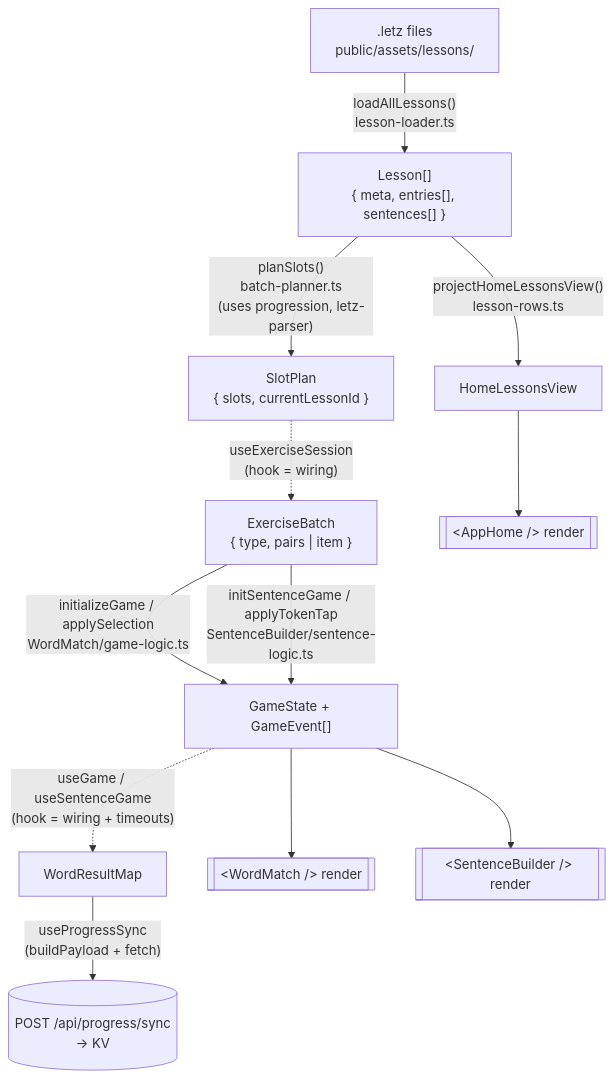
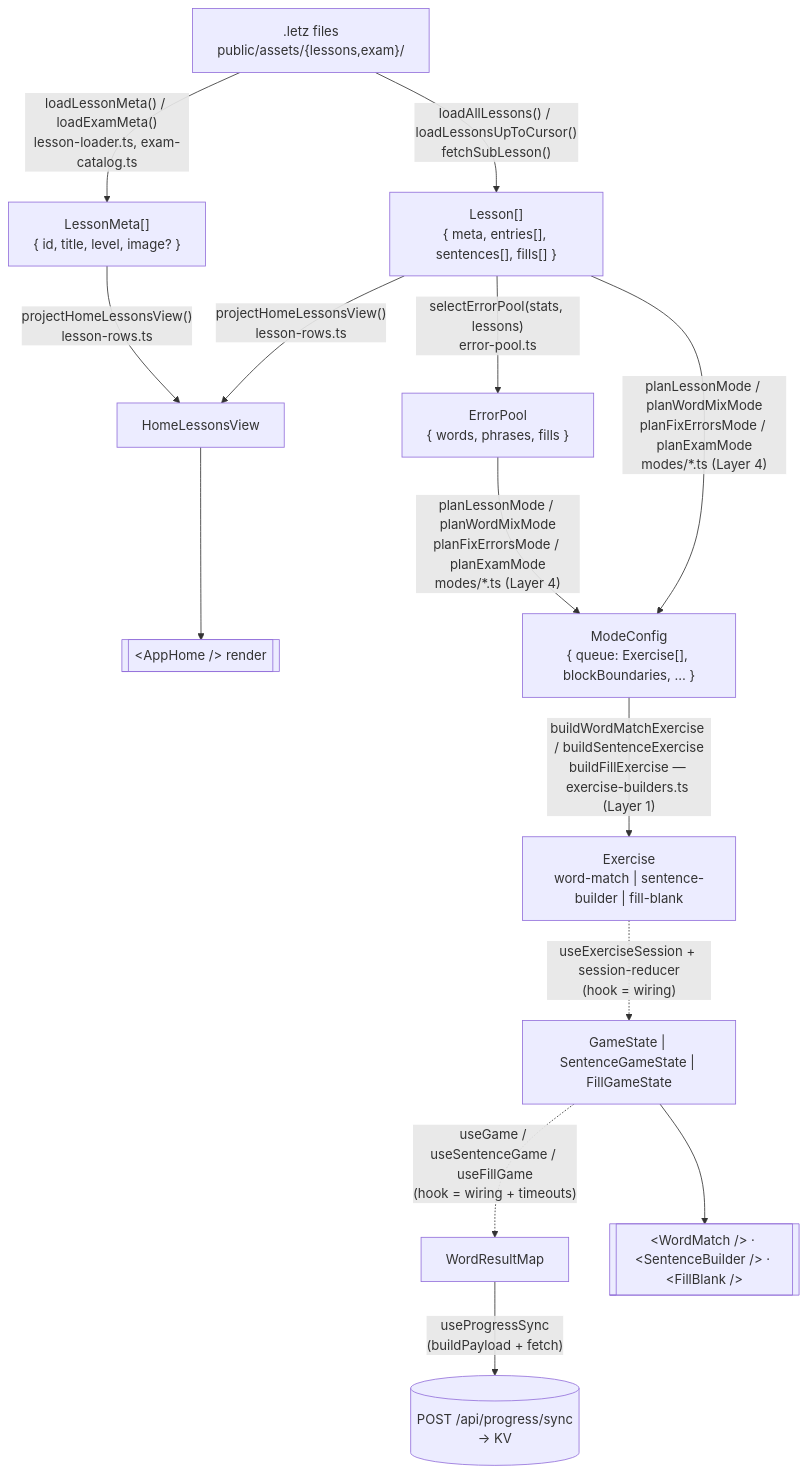
The first of 3 diagrams in CLAUDE.md (ashenwolf/roude-leiw-web), drawn with Mermaid before and after one commit. The commit also changed other lines of this file and 51 other files, not shown here.

````diff
--- a/CLAUDE.md
+++ b/CLAUDE.md
@@ -329,27 +356,28 @@
 ```mermaid
 flowchart TD
-  files[".letz files<br/>public/assets/lessons/"]
-  lessons["Lesson[]<br/>{ meta, entries[], sentences[] }"]
+  files[".letz files<br/>public/assets/{lessons,exam}/"]
+  metas["LessonMeta[]<br/>{ id, title, level, image? }"]
+  lessons["Lesson[]<br/>{ meta, entries[], sentences[], fills[] }"]
   homeView["HomeLessonsView"]
-  slotPlan["SlotPlan<br/>{ slots, currentLessonId }"]
-  batch["ExerciseBatch<br/>{ type, pairs | item }"]
-  gameState["GameState + GameEvent[]"]
+  errorPool["ErrorPool<br/>{ words, phrases, fills }"]
+  config["ModeConfig<br/>{ queue: Exercise[], blockBoundaries, … }"]
+  exercise["Exercise<br/>word-match | sentence-builder | fill-blank"]
+  gameState["GameState | SentenceGameState | FillGameState"]
   results["WordResultMap"]
 
   appHome[["&lt;AppHome /&gt; render"]]
-  wordMatch[["&lt;WordMatch /&gt; render"]]
-  sentenceBuilder[["&lt;SentenceBuilder /&gt; render"]]
+  games[["&lt;WordMatch /&gt; · &lt;SentenceBuilder /&gt; · &lt;FillBlank /&gt;"]]
   api[(POST /api/progress/sync<br/>→ KV)]
 
-  files -->|"loadAllLessons()<br/>lesson-loader.ts"| lessons
-  lessons -->|"projectHomeLessonsView()<br/>lesson-rows.ts"| homeView
+  files -->|"loadLessonMeta() / loadExamMeta()<br/>lesson-loader.ts, exam-catalog.ts"| metas
+  files -->|"loadAllLessons() / loadLessonsUpToCursor()<br/>fetchSubLesson()"| lessons
+  metas & lessons -->|"projectHomeLessonsView()<br/>lesson-rows.ts"| homeView
   homeView --> appHome
-  lessons -->|"planSlots()<br/>batch-planner.ts<br/>(uses progression, letz-parser)"| slotPlan
-  slotPlan -.->|"useExerciseSession<br/>(hook = wiring)"| batch
-  batch -->|"initializeGame / applySelection<br/>WordMatch/game-logic.ts"| gameState
-  batch -->|"initSentenceGame / applyTokenTap<br/>SentenceBuilder/sentence-logic.ts"| gameState
-  gameState -.->|"useGame / useSentenceGame<br/>(hook = wiring + timeouts)"| results
-  gameState --> wordMatch
-  gameState --> sentenceBuilder
+  lessons -->|"selectErrorPool(stats, lessons)<br/>error-pool.ts"| errorPool
+  lessons & errorPool -->|"planLessonMode / planWordMixMode<br/>planFixErrorsMode / planExamMode<br/>modes/*.ts (Layer 4)"| config
+  config -->|"buildWordMatchExercise / buildSentenceExercise<br/>buildFillExercise — exercise-builders.ts (Layer 1)"| exercise
+  exercise -.->|"useExerciseSession + session-reducer<br/>(hook = wiring)"| gameState
+  gameState -.->|"useGame / useSentenceGame / useFillGame<br/>(hook = wiring + timeouts)"| results
+  gameState --> games
   results -->|"useProgressSync<br/>(buildPayload + fetch)"| api
 ```
````
